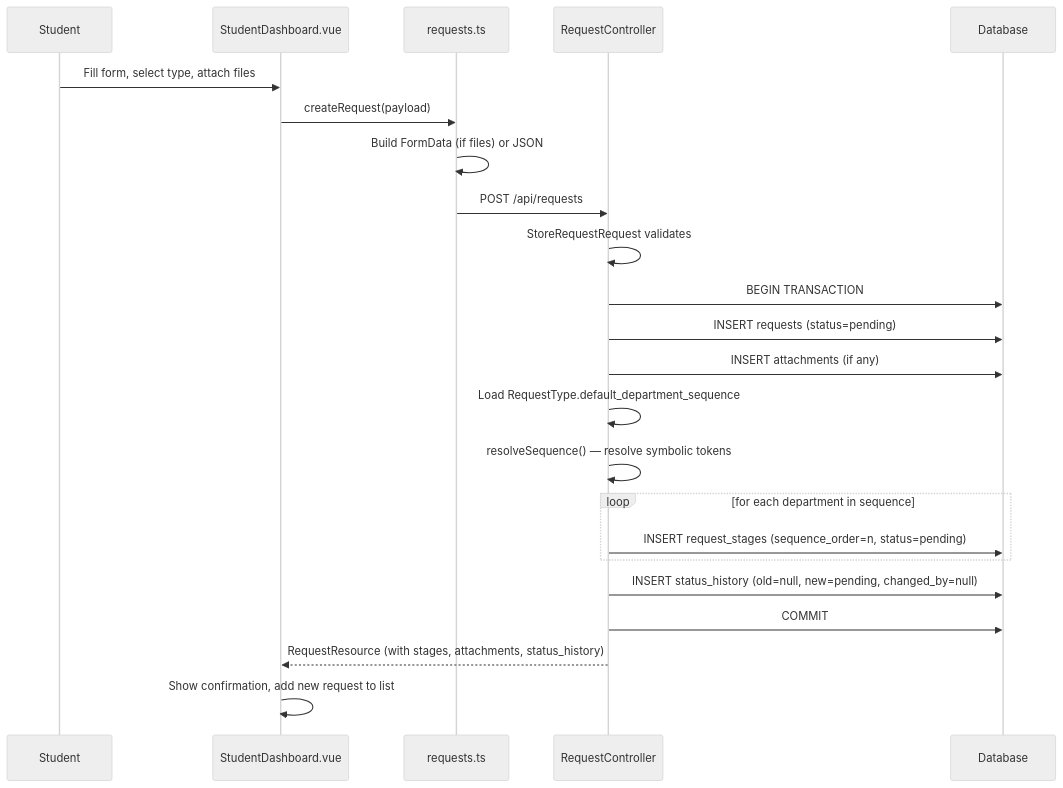
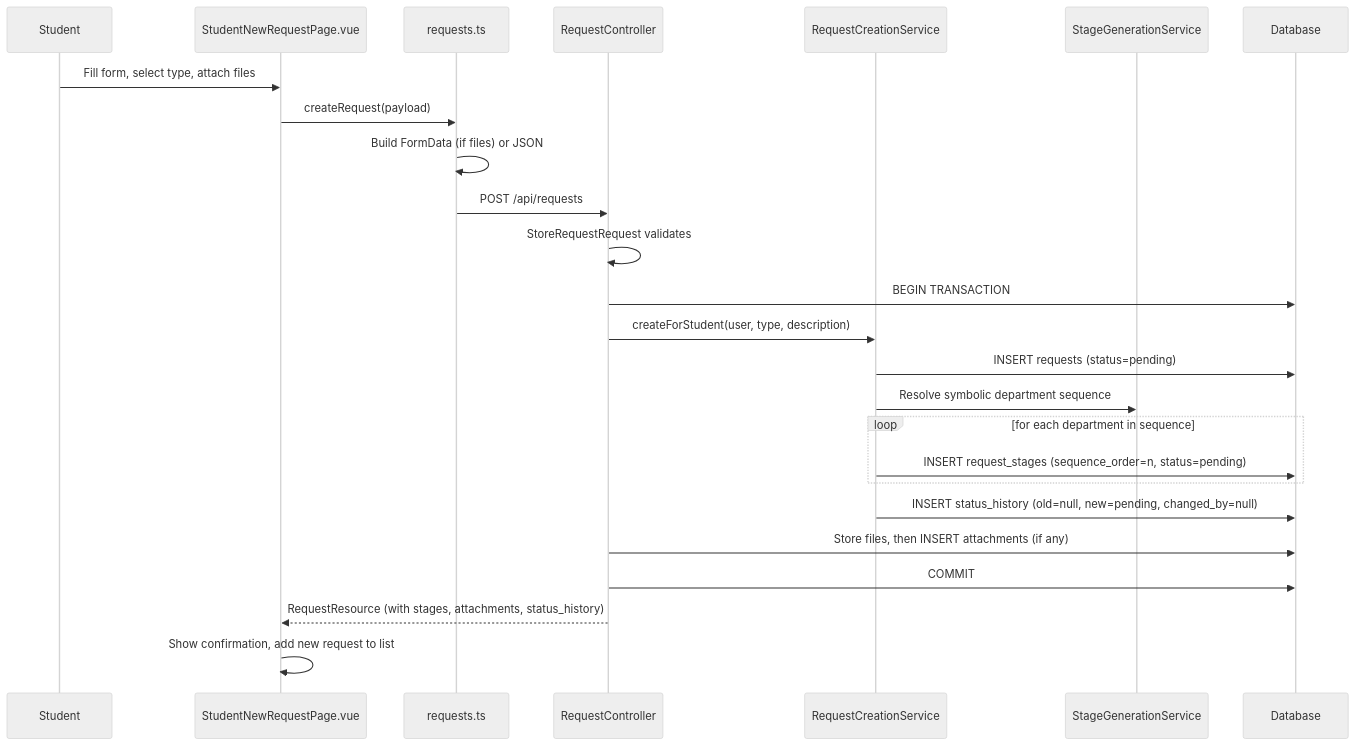
One commit to Sama-Mokom/CampusDesk changed the third of 11 diagrams in Docs/USER_FLOWS.md. Above: the diagram before and after it, drawn with Mermaid (neutral theme). The commit also changed other lines of this file and 31 other files, not shown here.

````diff
--- a/Docs/USER_FLOWS.md
+++ b/Docs/USER_FLOWS.md
@@ -93,26 +93,28 @@
 ```mermaid
 sequenceDiagram
     participant St as Student
-    participant SD as StudentDashboard.vue
+    participant SD as StudentNewRequestPage.vue
     participant RS as requests.ts
     participant RC as RequestController
+    participant RCS as RequestCreationService
+    participant SGS as StageGenerationService
     participant DB as Database
 
     St->>SD: Fill form, select type, attach files
     SD->>RS: createRequest(payload)
     RS->>RS: Build FormData (if files) or JSON
     RS->>RC: POST /api/requests
     RC->>RC: StoreRequestRequest validates
     RC->>DB: BEGIN TRANSACTION
-    RC->>DB: INSERT requests (status=pending)
-    RC->>DB: INSERT attachments (if any)
-    RC->>RC: Load RequestType.default_department_sequence
-    RC->>RC: resolveSequence() — resolve symbolic tokens
+    RC->>RCS: createForStudent(user, type, description)
+    RCS->>DB: INSERT requests (status=pending)
+    RCS->>SGS: Resolve symbolic department sequence
     loop for each department in sequence
-        RC->>DB: INSERT request_stages (sequence_order=n, status=pending)
+        RCS->>DB: INSERT request_stages (sequence_order=n, status=pending)
     end
-    RC->>DB: INSERT status_history (old=null, new=pending, changed_by=null)
+    RCS->>DB: INSERT status_history (old=null, new=pending, changed_by=null)
+    RC->>DB: Store files, then INSERT attachments (if any)
     RC->>DB: COMMIT
     RC-->>SD: RequestResource (with stages, attachments, status_history)
     SD->>SD: Show confirmation, add new request to list
 ```
````
